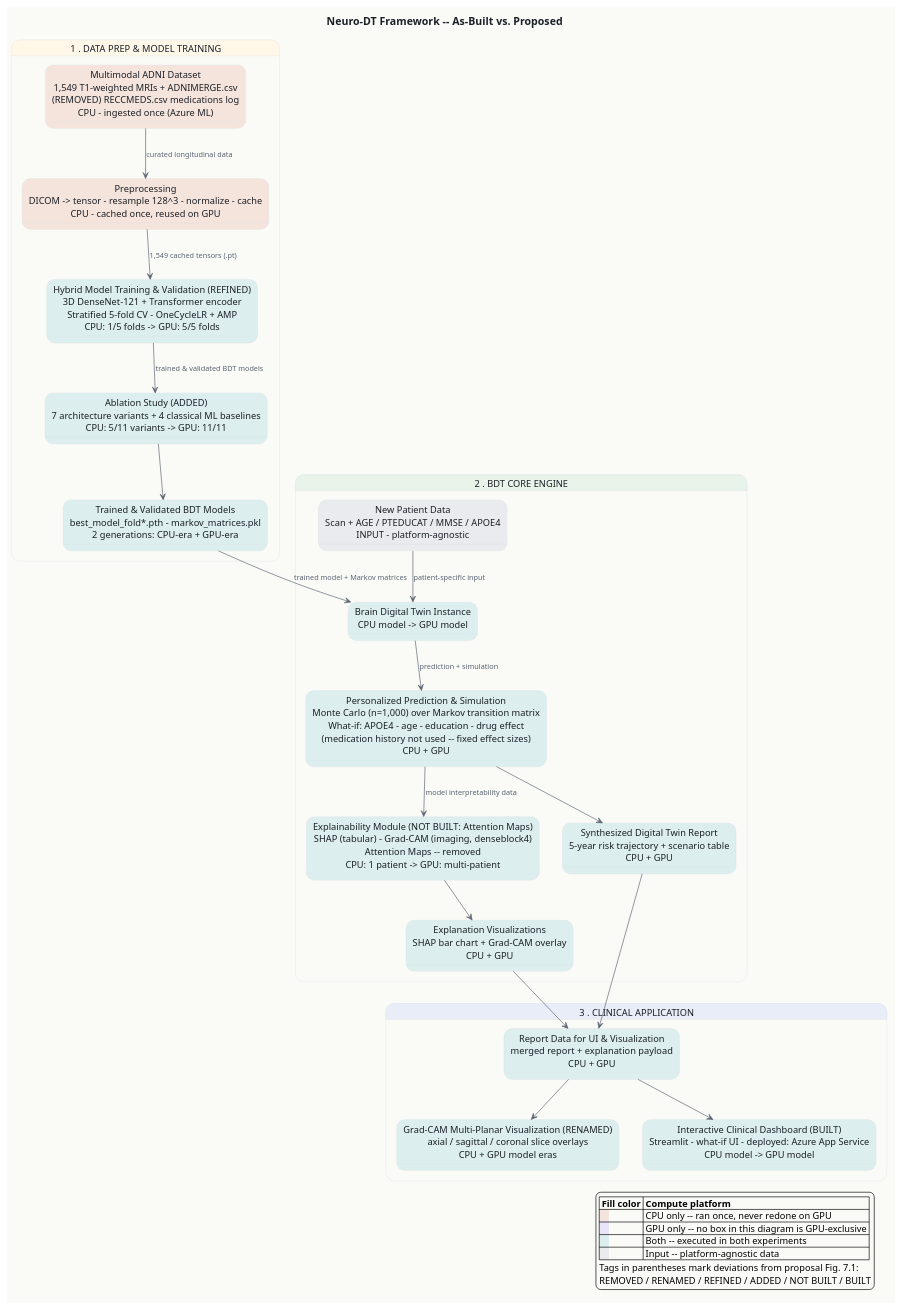
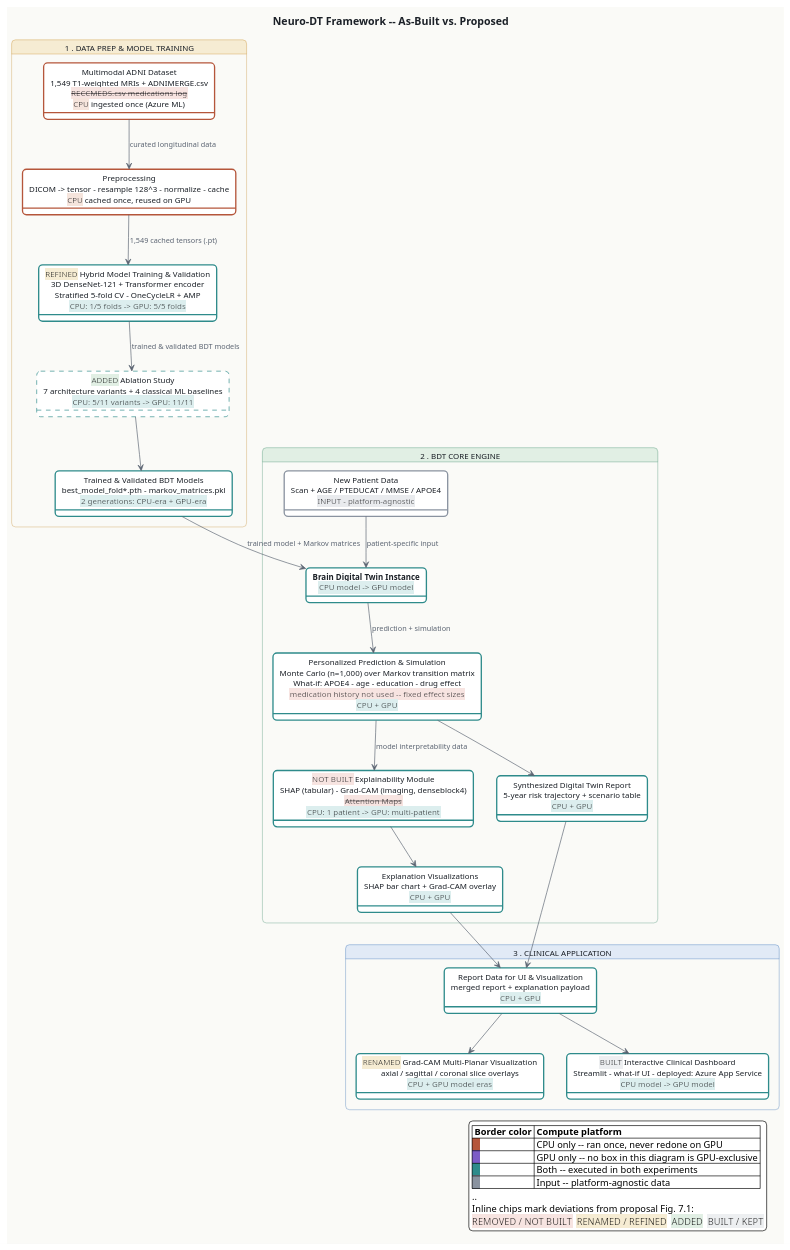
Before and after one commit to Hendawyy/master_test: the diagram in Thesis_Assets/bdt_framework_diagram.puml, drawn with PlantUML. The commit also changed 1 other file, not shown here.

Commit message:
Style PlantUML diagram closer to the SVG original
Switch boxes from full pastel fill to white background + bold colored
border (approximating the SVG's left-edge platform stripe), color the
lane containers with their original amber/green/blue accents, and turn
the REMOVED/RENAMED/ADDED/NOT BUILT/BUILT tags into colored inline
chips instead of plain parenthetical text.

```diff
--- a/Thesis_Assets/bdt_framework_diagram.puml
+++ b/Thesis_Assets/bdt_framework_diagram.puml
@@ -1,66 +1,70 @@
 @startuml
 title Neuro-DT Framework -- As-Built vs. Proposed
 
 skinparam backgroundColor #FAFAF7
 skinparam ArrowColor #5B6472
 skinparam ArrowFontColor #5B6472
+skinparam shadowing false
+skinparam roundcorner 12
 skinparam state {
-  BorderColor #DADFE4
   FontColor #1B2027
   ArrowFontSize 11
+  FontSize 12
 }
 skinparam titleFontSize 16
 skinparam titleFontColor #1B2027
+skinparam legendBackgroundColor #FFFFFF
 
-state "1 . DATA PREP & MODEL TRAINING" as Lane1 #FFF8E8 {
-  state "Multimodal ADNI Dataset\n1,549 T1-weighted MRIs + ADNIMERGE.csv\n(REMOVED) RECCMEDS.csv medications log\nCPU - ingested once (Azure ML)" as Dataset #F5E4DC
-  state "Preprocessing\nDICOM -> tensor - resample 128^3 - normalize - cache\nCPU - cached once, reused on GPU" as Preprocess #F5E4DC
-  state "Hybrid Model Training & Validation (REFINED)\n3D DenseNet-121 + Transformer encoder\nStratified 5-fold CV - OneCycleLR + AMP\nCPU: 1/5 folds -> GPU: 5/5 folds" as Training #DCEEEE
-  state "Ablation Study (ADDED)\n7 architecture variants + 4 classical ML baselines\nCPU: 5/11 variants -> GPU: 11/11" as Ablation #DCEEEE
-  state "Trained & Validated BDT Models\nbest_model_fold*.pth - markov_matrices.pkl\n2 generations: CPU-era + GPU-era" as TrainedModels #DCEEEE
+state "1 . DATA PREP & MODEL TRAINING" as Lane1 #F6ECD3;line:C08A2E {
+  state "Multimodal ADNI Dataset\n1,549 T1-weighted MRIs + ADNIMERGE.csv\n<back:#F7E4E1>--RECCMEDS.csv medications log--</back>\n<back:#F5E4DC>CPU</back> ingested once (Azure ML)" as Dataset #FFFFFF;line:B5563B;line.bold
+  state "Preprocessing\nDICOM -> tensor - resample 128^3 - normalize - cache\n<back:#F5E4DC>CPU</back> cached once, reused on GPU" as Preprocess #FFFFFF;line:B5563B;line.bold
+  state "<back:#F6ECD3>REFINED</back> Hybrid Model Training & Validation\n3D DenseNet-121 + Transformer encoder\nStratified 5-fold CV - OneCycleLR + AMP\n<back:#DCEEEE>CPU: 1/5 folds -> GPU: 5/5 folds</back>" as Training #FFFFFF;line:2E8B8B;line.bold
+  state "<back:#E1EFE4>ADDED</back> Ablation Study\n7 architecture variants + 4 classical ML baselines\n<back:#DCEEEE>CPU: 5/11 variants -> GPU: 11/11</back>" as Ablation #FFFFFF;line:2E8B8B;line.bold;line.dashed
+  state "Trained & Validated BDT Models\nbest_model_fold*.pth - markov_matrices.pkl\n<back:#DCEEEE>2 generations: CPU-era + GPU-era</back>" as TrainedModels #FFFFFF;line:2E8B8B;line.bold
 
   Dataset --> Preprocess : curated longitudinal data
   Preprocess --> Training : 1,549 cached tensors (.pt)
   Training --> Ablation : trained & validated BDT models
   Ablation --> TrainedModels
 }
 
-state "2 . BDT CORE ENGINE" as Lane2 #E8F3EA {
-  state "New Patient Data\nScan + AGE / PTEDUCAT / MMSE / APOE4\nINPUT - platform-agnostic" as PatientData #E9EBEE
-  state "Brain Digital Twin Instance\nCPU model -> GPU model" as BDTInstance #DCEEEE
-  state "Personalized Prediction & Simulation\nMonte Carlo (n=1,000) over Markov transition matrix\nWhat-if: APOE4 - age - education - drug effect\n(medication history not used -- fixed effect sizes)\nCPU + GPU" as Prediction #DCEEEE
-  state "Synthesized Digital Twin Report\n5-year risk trajectory + scenario table\nCPU + GPU" as DTReport #DCEEEE
-  state "Explainability Module (NOT BUILT: Attention Maps)\nSHAP (tabular) - Grad-CAM (imaging, denseblock4)\nAttention Maps -- removed\nCPU: 1 patient -> GPU: multi-patient" as Explainability #DCEEEE
-  state "Explanation Visualizations\nSHAP bar chart + Grad-CAM overlay\nCPU + GPU" as ExplVis #DCEEEE
+state "2 . BDT CORE ENGINE" as Lane2 #E1EFE4;line:3C8768 {
+  state "New Patient Data\nScan + AGE / PTEDUCAT / MMSE / APOE4\n<back:#E9EBEE>INPUT - platform-agnostic</back>" as PatientData #FFFFFF;line:8A93A0;line.bold
+  state "**Brain Digital Twin Instance**\n<back:#DCEEEE>CPU model -> GPU model</back>" as BDTInstance #FFFFFF;line:2E8B8B;line.bold
+  state "Personalized Prediction & Simulation\nMonte Carlo (n=1,000) over Markov transition matrix\nWhat-if: APOE4 - age - education - drug effect\n<back:#F7E4E1>medication history not used -- fixed effect sizes</back>\n<back:#DCEEEE>CPU + GPU</back>" as Prediction #FFFFFF;line:2E8B8B;line.bold
+  state "Synthesized Digital Twin Report\n5-year risk trajectory + scenario table\n<back:#DCEEEE>CPU + GPU</back>" as DTReport #FFFFFF;line:2E8B8B;line.bold
+  state "<back:#F7E4E1>NOT BUILT</back> Explainability Module\nSHAP (tabular) - Grad-CAM (imaging, denseblock4)\n<back:#F7E4E1>--Attention Maps--</back>\n<back:#DCEEEE>CPU: 1 patient -> GPU: multi-patient</back>" as Explainability #FFFFFF;line:2E8B8B;line.bold
+  state "Explanation Visualizations\nSHAP bar chart + Grad-CAM overlay\n<back:#DCEEEE>CPU + GPU</back>" as ExplVis #FFFFFF;line:2E8B8B;line.bold
 
   PatientData --> BDTInstance : patient-specific input
   BDTInstance --> Prediction : prediction + simulation
   Prediction --> DTReport
   Prediction --> Explainability : model interpretability data
   Explainability --> ExplVis
 }
 
-state "3 . CLINICAL APPLICATION" as Lane3 #E9EDF7 {
-  state "Report Data for UI & Visualization\nmerged report + explanation payload\nCPU + GPU" as ReportData #DCEEEE
-  state "Grad-CAM Multi-Planar Visualization (RENAMED)\naxial / sagittal / coronal slice overlays\nCPU + GPU model eras" as GradCAM #DCEEEE
-  state "Interactive Clinical Dashboard (BUILT)\nStreamlit - what-if UI - deployed: Azure App Service\nCPU model -> GPU model" as Dashboard #DCEEEE
+state "3 . CLINICAL APPLICATION" as Lane3 #E1EAF6;line:3068B0 {
+  state "Report Data for UI & Visualization\nmerged report + explanation payload\n<back:#DCEEEE>CPU + GPU</back>" as ReportData #FFFFFF;line:2E8B8B;line.bold
+  state "<back:#F6ECD3>RENAMED</back> Grad-CAM Multi-Planar Visualization\naxial / sagittal / coronal slice overlays\n<back:#DCEEEE>CPU + GPU model eras</back>" as GradCAM #FFFFFF;line:2E8B8B;line.bold
+  state "<back:#EDEFF1>BUILT</back> Interactive Clinical Dashboard\nStreamlit - what-if UI - deployed: Azure App Service\n<back:#DCEEEE>CPU model -> GPU model</back>" as Dashboard #FFFFFF;line:2E8B8B;line.bold
 
   ReportData --> GradCAM
   ReportData --> Dashboard
 }
 
 TrainedModels --> BDTInstance : trained model + Markov matrices
 DTReport --> ReportData
 ExplVis --> ReportData
 
 legend right
-  |= Fill color |= Compute platform |
-  |<back:#F5E4DC>    | CPU only -- ran once, never redone on GPU |
-  |<back:#EBE3F7>    | GPU only -- no box in this diagram is GPU-exclusive |
-  |<back:#DCEEEE>    | Both -- executed in both experiments |
-  |<back:#E9EBEE>    | Input -- platform-agnostic data |
-  Tags in parentheses mark deviations from proposal Fig. 7.1:
-  REMOVED / RENAMED / REFINED / ADDED / NOT BUILT / BUILT
+  |= Border color |= Compute platform |
+  |<back:#B5563B>   | CPU only -- ran once, never redone on GPU |
+  |<back:#7B5CC7>   | GPU only -- no box in this diagram is GPU-exclusive |
+  |<back:#2E8B8B>   | Both -- executed in both experiments |
+  |<back:#8A93A0>   | Input -- platform-agnostic data |
+  ..
+  Inline chips mark deviations from proposal Fig. 7.1:
+  <back:#F7E4E1>REMOVED / NOT BUILT</back>  <back:#F6ECD3>RENAMED / REFINED</back>  <back:#E1EFE4>ADDED</back>  <back:#EDEFF1>BUILT / KEPT</back>
 endlegend
 
 @enduml
```
